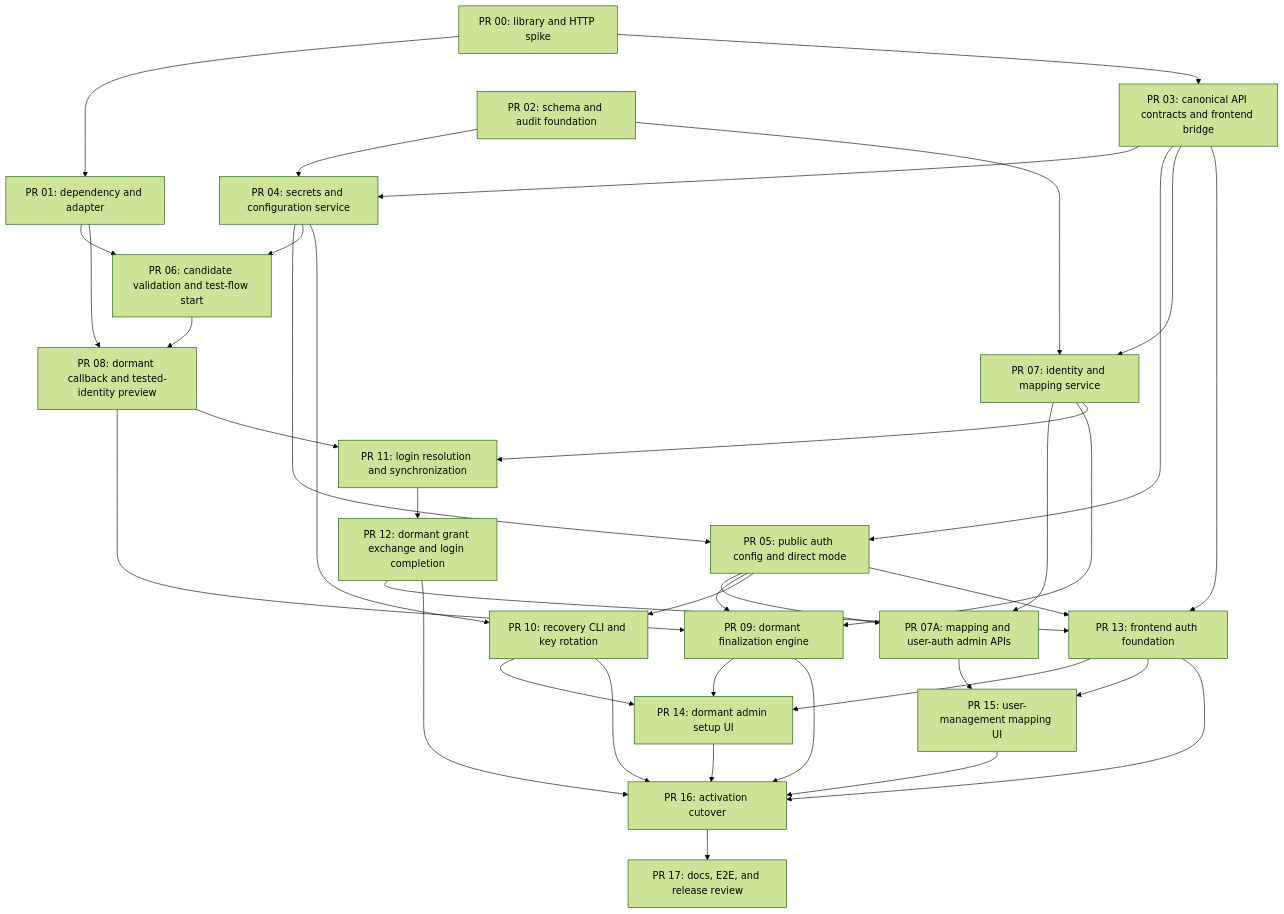
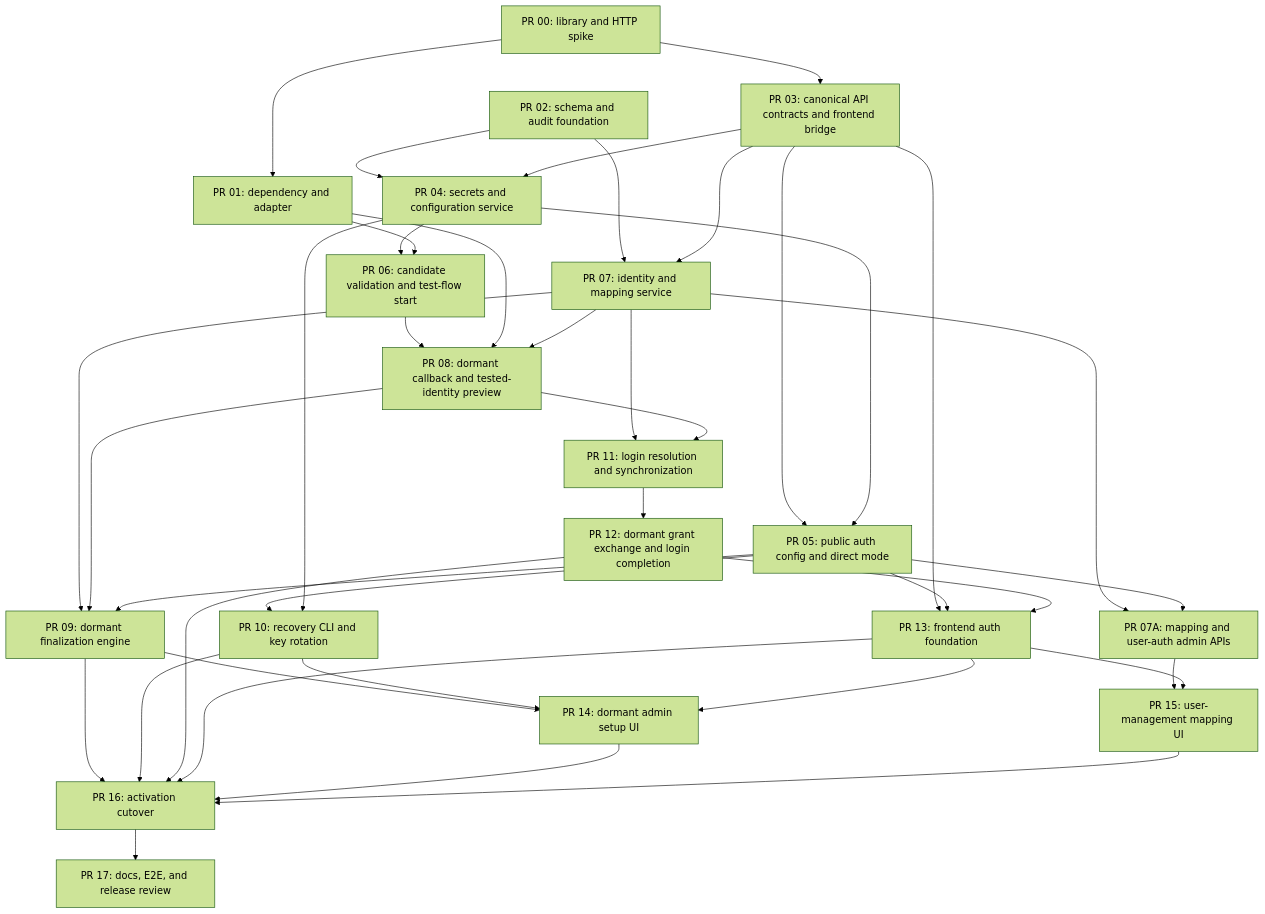
Before and after one commit to helgeklein/sambee: the diagram in documentation_planning/OAUTH_OIDC_IMPLEMENTATION_PLAN.md, drawn with Mermaid (forest theme). The commit also changed other lines of this file and 1 other file, not shown here.

````diff
--- a/documentation_planning/OAUTH_OIDC_IMPLEMENTATION_PLAN.md
+++ b/documentation_planning/OAUTH_OIDC_IMPLEMENTATION_PLAN.md
@@ -230,40 +234,41 @@
 ```mermaid
 flowchart TD
     P00[PR 00: library and HTTP spike] --> P01[PR 01: dependency and adapter]
     P00 --> P03[PR 03: canonical API contracts and frontend bridge]
     P02[PR 02: schema and audit foundation] --> P04[PR 04: secrets and configuration service]
     P03 --> P04
     P03 --> P05[PR 05: public auth config and direct mode]
     P04 --> P05
     P04 --> P06[PR 06: candidate validation and test-flow start]
     P01 --> P06
     P02 --> P07[PR 07: identity and mapping service]
     P03 --> P07
     P06 --> P08[PR 08: dormant callback and tested-identity preview]
     P01 --> P08
+    P07 --> P08
     P07 --> P07A[PR 07A: mapping and user-auth admin APIs]
     P05 --> P07A
     P07 --> P09[PR 09: dormant finalization engine]
     P08 --> P09
     P05 --> P09
     P05 --> P10[PR 10: recovery CLI and key rotation]
     P04 --> P10
     P07 --> P11[PR 11: login resolution and synchronization]
     P08 --> P11
     P11 --> P12[PR 12: dormant grant exchange and login completion]
     P03 --> P13[PR 13: frontend auth foundation]
     P05 --> P13
     P12 --> P13
     P09 --> P14[PR 14: dormant admin setup UI]
     P10 --> P14
     P13 --> P14
     P07A --> P15[PR 15: user-management mapping UI]
     P13 --> P15
     P09 --> P16[PR 16: activation cutover]
     P10 --> P16
     P12 --> P16
     P13 --> P16
     P14 --> P16
     P15 --> P16
     P16 --> P17[PR 17: docs, E2E, and release review]
 ```
````
